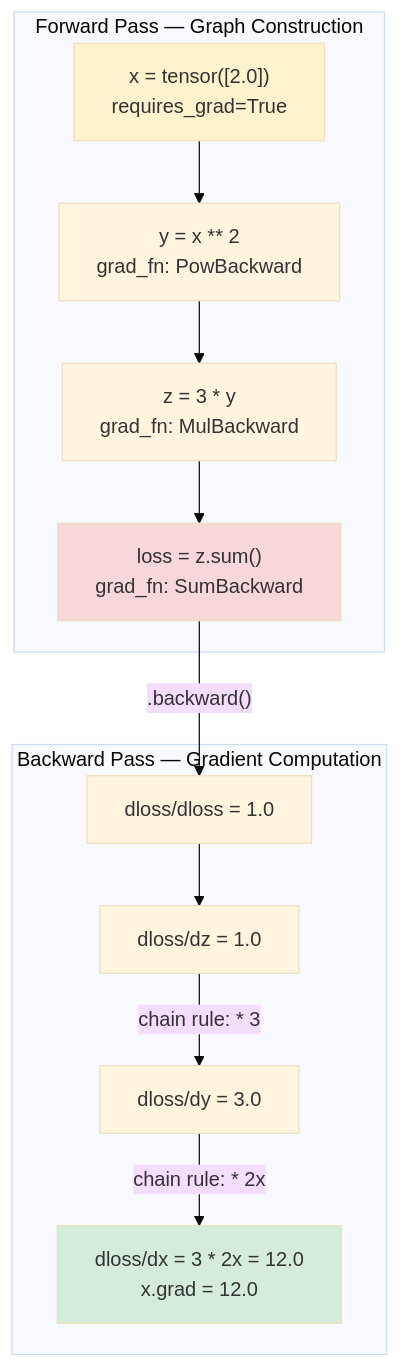
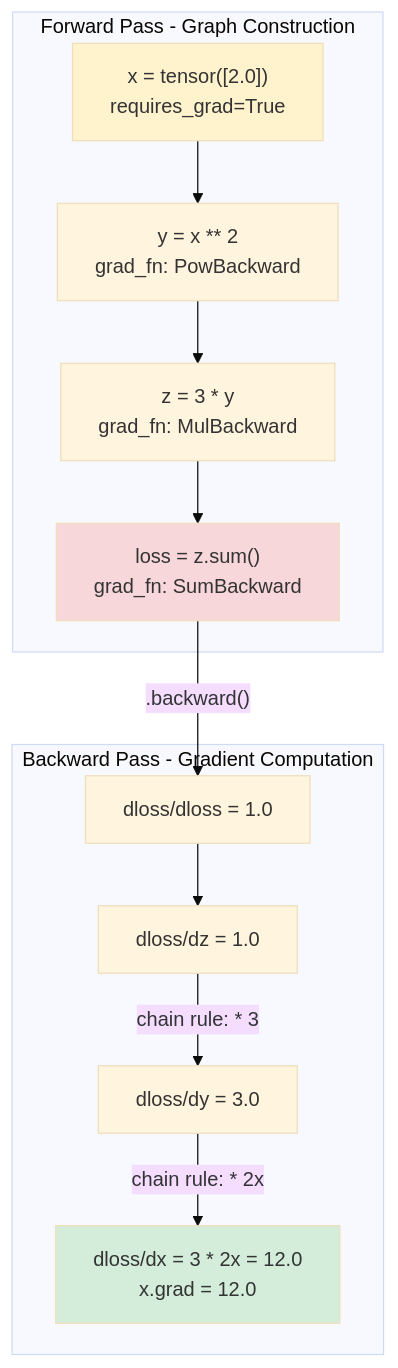
One commit to Sachinchaurasiya360/Article changed the second of 5 diagrams in Machine-Learning/ml-deep-dive-part-9.md. Above: the diagram before and after it, drawn with Mermaid (base theme). The commit also changed other lines of this file and 81 other files, not shown here.

````diff
--- a/Machine-Learning/ml-deep-dive-part-9.md
+++ b/Machine-Learning/ml-deep-dive-part-9.md
@@ -394,20 +394,20 @@
 ```mermaid
 flowchart TD
-    subgraph "Forward Pass — Graph Construction"
+    subgraph "Forward Pass - Graph Construction"
         X["x = tensor([2.0])\nrequires_grad=True"] --> OP1["y = x ** 2\ngrad_fn: PowBackward"]
         OP1 --> OP2["z = 3 * y\ngrad_fn: MulBackward"]
         OP2 --> L["loss = z.sum()\ngrad_fn: SumBackward"]
     end
 
-    subgraph "Backward Pass — Gradient Computation"
+    subgraph "Backward Pass - Gradient Computation"
         G1["dloss/dloss = 1.0"] --> G2["dloss/dz = 1.0"]
         G2 -->|"chain rule: * 3"| G3["dloss/dy = 3.0"]
         G3 -->|"chain rule: * 2x"| G4["dloss/dx = 3 * 2x = 12.0\nx.grad = 12.0"]
     end
 
     L -->|".backward()"| G1
 
     style X fill:#fff3cd
     style L fill:#f8d7da
     style G4 fill:#d4edda
 ```
````
